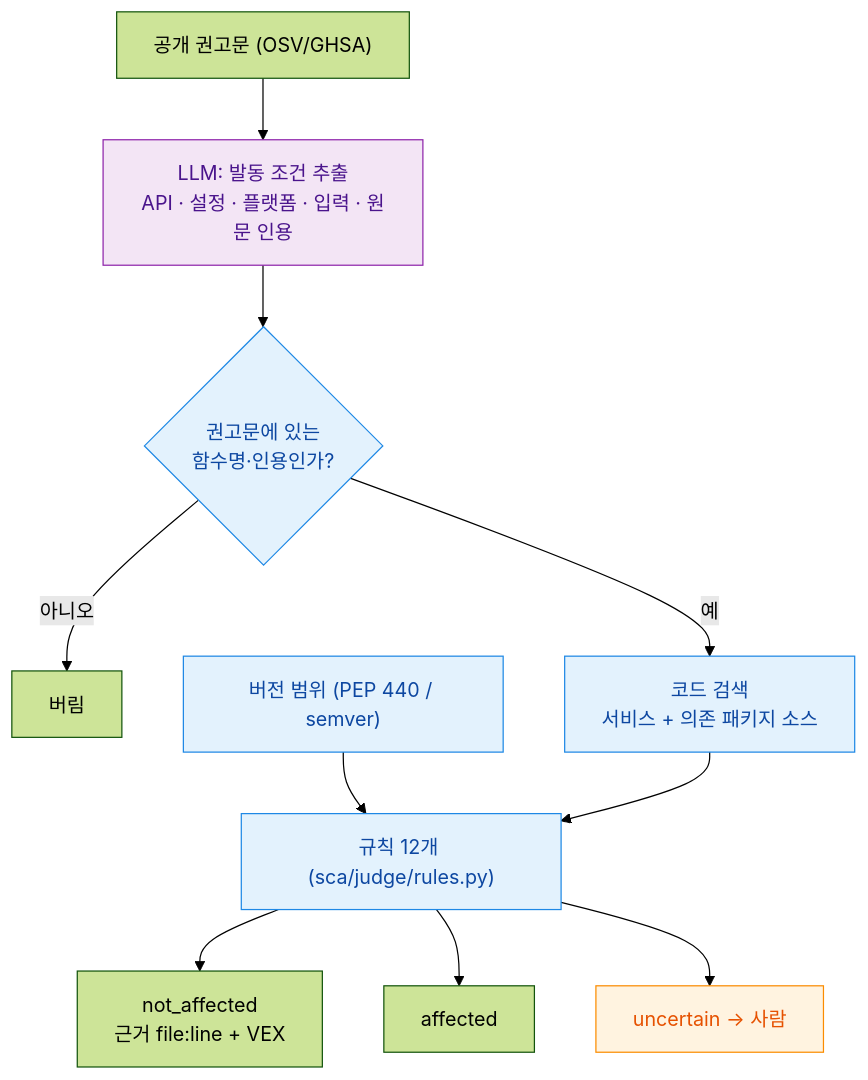
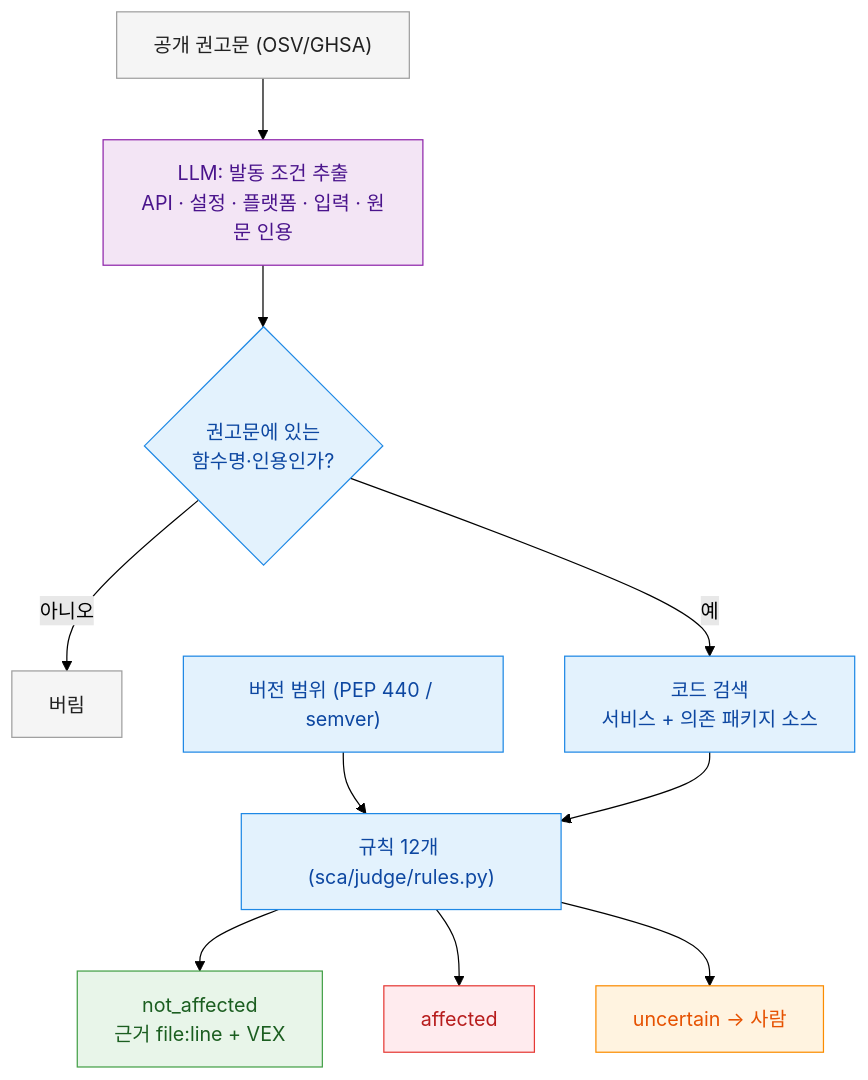
Before and after one commit to toowani/supply-chain-agent: the third of 4 diagrams in README.md, drawn with Mermaid (forest theme). The commit also changed other lines of this file, not shown here.

Commit message:
README: theme-safe diagram colors, stacked architecture

````diff
--- a/README.md
+++ b/README.md
@@ -76,19 +82,25 @@
 ```mermaid
 flowchart TD
   adv["공개 권고문 (OSV/GHSA)"] --> llm["LLM: 발동 조건 추출<br/>API · 설정 · 플랫폼 · 입력 · 원문 인용"]
   llm --> chk{"권고문에 있는<br/>함수명·인용인가?"}
   chk -->|아니오| drop["버림"]
   chk -->|예| code["코드 검색<br/>서비스 + 의존 패키지 소스"]
   ver["버전 범위 (PEP 440 / semver)"] --> rules
   code --> rules["규칙 12개 (sca/judge/rules.py)"]
   rules --> na["not_affected<br/>근거 file:line + VEX"]
   rules --> af["affected"]
   rules --> un["uncertain → 사람"]
 
   classDef llm fill:#f3e5f5,stroke:#8e24aa,color:#4a148c
   classDef code fill:#e3f2fd,stroke:#1e88e5,color:#0d47a1
   classDef human fill:#fff3e0,stroke:#fb8c00,color:#e65100
   class llm llm
+  classDef io fill:#f5f5f5,stroke:#9e9e9e,color:#212121
+  classDef ok fill:#e8f5e9,stroke:#43a047,color:#1b5e20
+  classDef bad fill:#ffebee,stroke:#e53935,color:#b71c1c
   class chk,code,ver,rules code
+  class adv,drop io
+  class na ok
+  class af bad
   class un human
 ```
````
